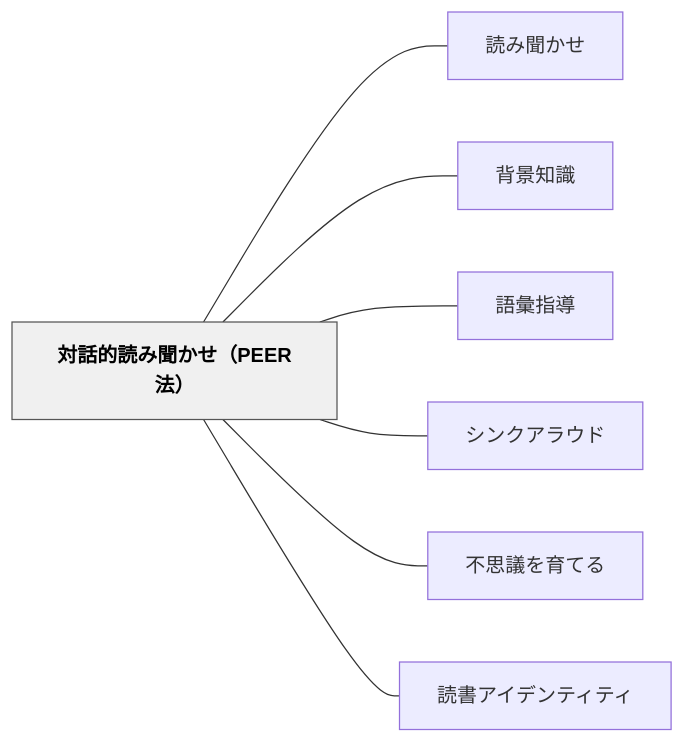
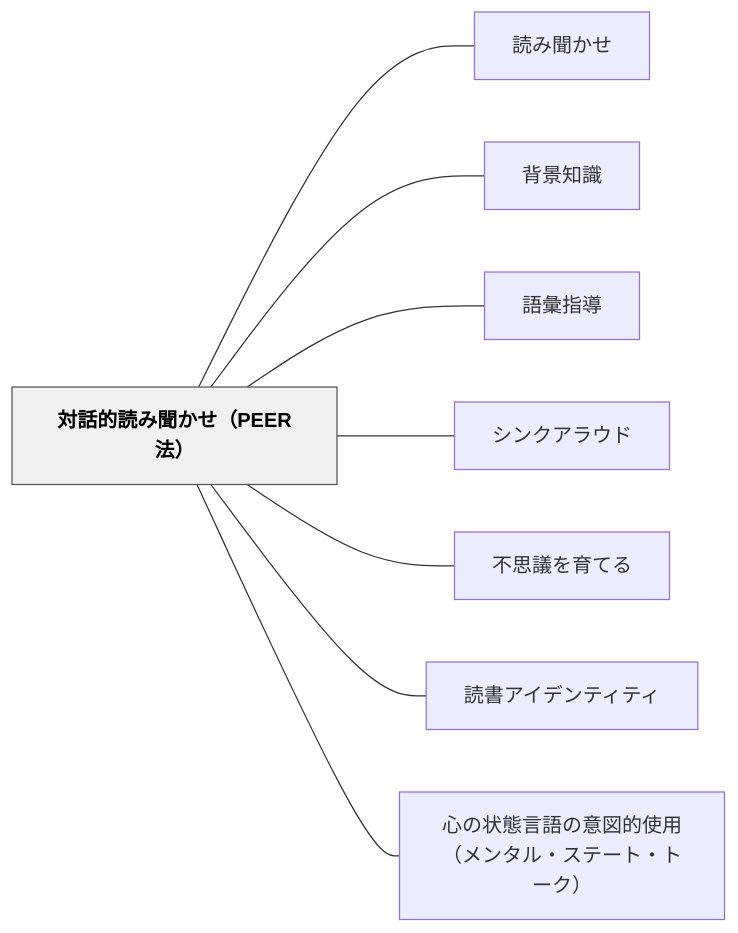
Before and after one commit to unknownthings-ed-patterns/unknownthings-ed-patterns: the diagram in content/パタン/対話的読み聞かせ（PEER法）.md, drawn with Mermaid. The commit also changed other lines of this file and 6 other files, not shown here.

````diff
--- a/content/パタン/対話的読み聞かせ（PEER法）.md
+++ b/content/パタン/対話的読み聞かせ（PEER法）.md
@@ -135,20 +136,22 @@
 ```mermaid
 flowchart LR
     ne5afbee8a9b1e79a84e8aaade381bfe8819ee3818be3819befbc8850454552e6b395efbc89["対話的読み聞かせ（PEER法）"]
     ne8aaade381bfe8819ee3818be3819b["読み聞かせ"]
     ne8838ce699afe79fa5e8ad98["背景知識"]
     ne8aa9ee5bd99e68c87e5b08e["語彙指導"]
     ne382b7e383b3e382afe382a2e383a9e382a6e38389["シンクアラウド"]
     ne4b88de6809de8adb0e38292e882b2e381a6e3828b["不思議を育てる"]
     ne8aaade69bb8e382a2e382a4e38387e383b3e38386e382a3e38386e382a3["読書アイデンティティ"]
+    ne5bf83e381aee78ab6e6858be8a880e8aa9ee381aee6848fe59bb3e79a84e4bdbfe794a8efbc88e383a1e383b3e382bfe383abe383bbe382b9e38386e383bce38388e383bbe38388e383bce382afefbc89["心の状態言語の意図的使用（メンタル・ステート・トーク）"]
 
     ne5afbee8a9b1e79a84e8aaade381bfe8819ee3818be3819befbc8850454552e6b395efbc89 --- ne8aaade381bfe8819ee3818be3819b
     ne5afbee8a9b1e79a84e8aaade381bfe8819ee3818be3819befbc8850454552e6b395efbc89 --- ne8838ce699afe79fa5e8ad98
     ne5afbee8a9b1e79a84e8aaade381bfe8819ee3818be3819befbc8850454552e6b395efbc89 --- ne8aa9ee5bd99e68c87e5b08e
     ne5afbee8a9b1e79a84e8aaade381bfe8819ee3818be3819befbc8850454552e6b395efbc89 --- ne382b7e383b3e382afe382a2e383a9e382a6e38389
     ne5afbee8a9b1e79a84e8aaade381bfe8819ee3818be3819befbc8850454552e6b395efbc89 --- ne4b88de6809de8adb0e38292e882b2e381a6e3828b
     ne5afbee8a9b1e79a84e8aaade381bfe8819ee3818be3819befbc8850454552e6b395efbc89 --- ne8aaade69bb8e382a2e382a4e38387e383b3e38386e382a3e38386e382a3
+    ne5afbee8a9b1e79a84e8aaade381bfe8819ee3818be3819befbc8850454552e6b395efbc89 --- ne5bf83e381aee78ab6e6858be8a880e8aa9ee381aee6848fe59bb3e79a84e4bdbfe794a8efbc88e383a1e383b3e382bfe383abe383bbe382b9e38386e383bce38388e383bbe38388e383bce382afefbc89
 
     classDef hub fill:#f0f0f0,stroke:#555,color:#000,font-weight:bold
     class ne5afbee8a9b1e79a84e8aaade381bfe8819ee3818be3819befbc8850454552e6b395efbc89 hub
 ```
````
